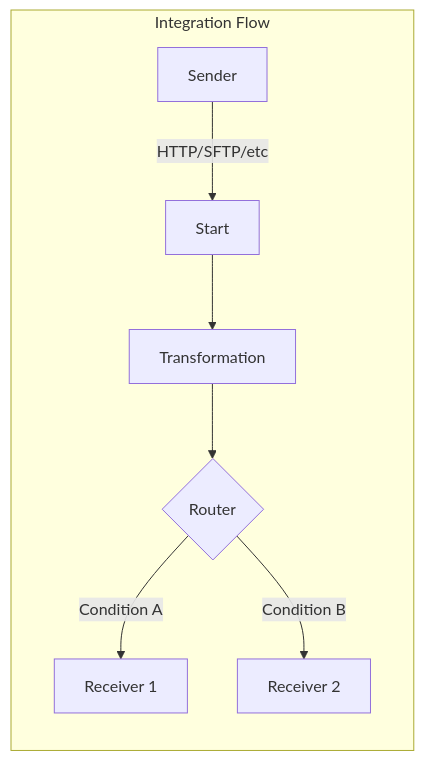
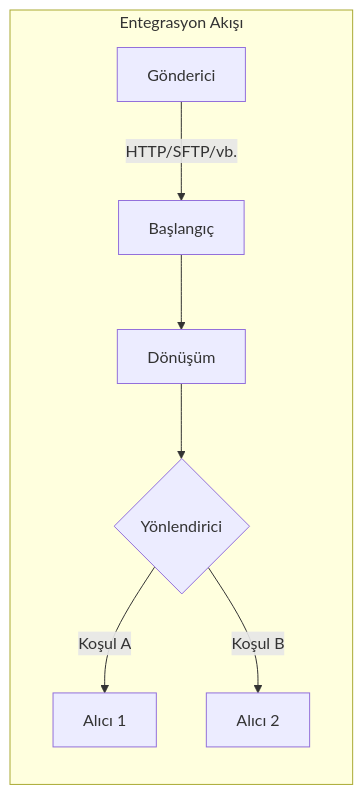
One commit to beyhanmeyrali/sap-all changed the third of 8 diagrams in Technical Tutorials/BTP/TR/chapters/15-integration-suite.md. Above: the diagram before and after it, drawn with Mermaid. The commit also changed other lines of this file and 11 other files, not shown here.

````diff
--- a/Technical Tutorials/BTP/TR/chapters/15-integration-suite.md
+++ b/Technical Tutorials/BTP/TR/chapters/15-integration-suite.md
@@ -67,10 +67,10 @@
 ```mermaid
 graph LR
-    subgraph "Integration Flow"
-        SENDER[Sender] --> |"HTTP/SFTP/etc"| START[Start]
-        START --> TRANS[Transformation]
-        TRANS --> ROUTE{Router}
-        ROUTE --> |"Condition A"| RCV1[Receiver 1]
-        ROUTE --> |"Condition B"| RCV2[Receiver 2]
+    subgraph "Entegrasyon Akışı"
+        SENDER[Gönderici] --> |"HTTP/SFTP/vb."| START[Başlangıç]
+        START --> TRANS[Dönüşüm]
+        TRANS --> ROUTE{Yönlendirici}
+        ROUTE --> |"Koşul A"| RCV1[Alıcı 1]
+        ROUTE --> |"Koşul B"| RCV2[Alıcı 2]
     end
 ```
````
